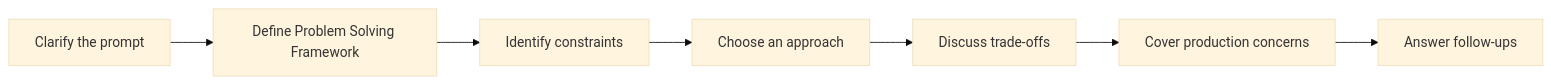
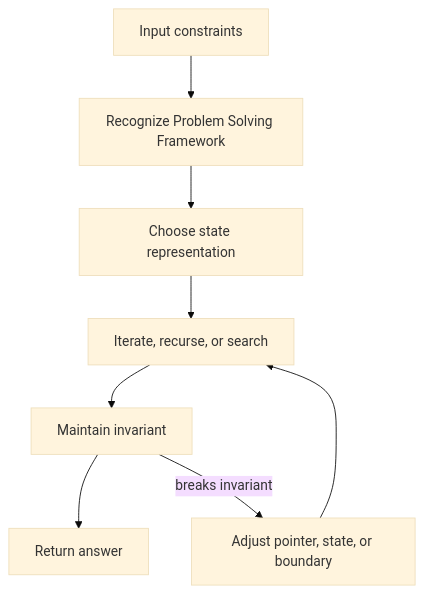
Before and after one commit to abstractinterviews/abstractinterviews.github.io: the diagram in coding-round/problem-solving-framework/index.md, drawn with Mermaid (base theme). The commit also changed other lines of this file and 278 other files, not shown here.

````diff
--- a/coding-round/problem-solving-framework/index.md
+++ b/coding-round/problem-solving-framework/index.md
@@ -136,9 +138,10 @@
-~~~mermaid
-flowchart LR
-    A["Clarify the prompt"] --> B["Define Problem Solving Framework"]
-    B --> C["Identify constraints"]
-    C --> D["Choose an approach"]
-    D --> E["Discuss trade-offs"]
-    E --> F["Cover production concerns"]
-    F --> G["Answer follow-ups"]
-~~~
+```mermaid
+flowchart TD
+    Input["Input constraints"] --> Pattern["Recognize Problem Solving Framework"]
+    Pattern --> State["Choose state representation"]
+    State --> Iterate["Iterate, recurse, or search"]
+    Iterate --> Check["Maintain invariant"]
+    Check --> Result["Return answer"]
+    Check -->|breaks invariant| Fix["Adjust pointer, state, or boundary"]
+    Fix --> Iterate
+```
````
